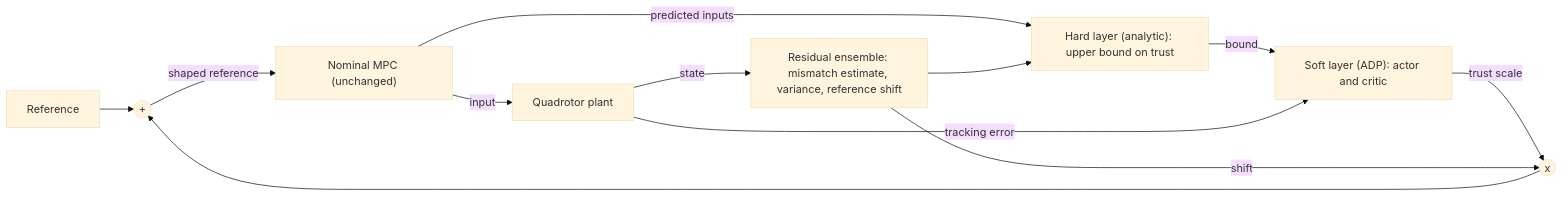
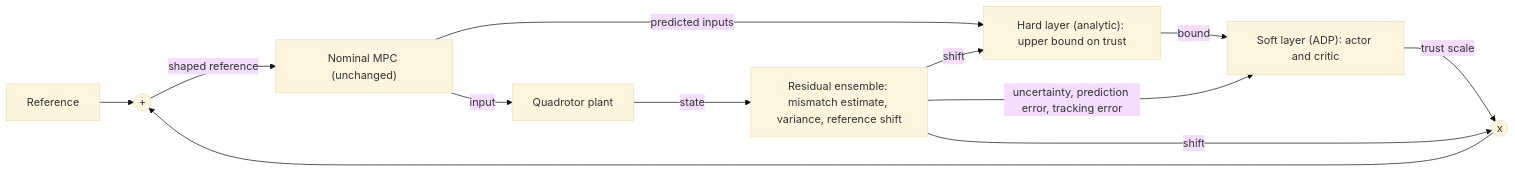
Before and after one commit to Ashfak-Kausik/uav-mpc-safe-residual: the diagram in README.md, drawn with Mermaid (base theme). The commit also changed other lines of this file and 1 other file, not shown here.

````diff
--- a/README.md
+++ b/README.md
@@ -44,14 +44,14 @@
 ```mermaid
 flowchart LR
   R["Reference"] --> S(("+"))
   S -->|"shaped reference"| M["Nominal MPC (unchanged)"]
   M -->|"input"| P["Quadrotor plant"]
   P -->|"state"| E["Residual ensemble: mismatch estimate, variance, reference shift"]
   M -->|"predicted inputs"| H["Hard layer (analytic): upper bound on trust"]
-  E --> H
+  E -->|"shift"| H
   H -->|"bound"| A["Soft layer (ADP): actor and critic"]
-  P -->|"tracking error"| A
+  E -->|"uncertainty, prediction error, tracking error"| A
   A -->|"trust scale"| X(("x"))
   E -->|"shift"| X
   X --> S
 ```
````
